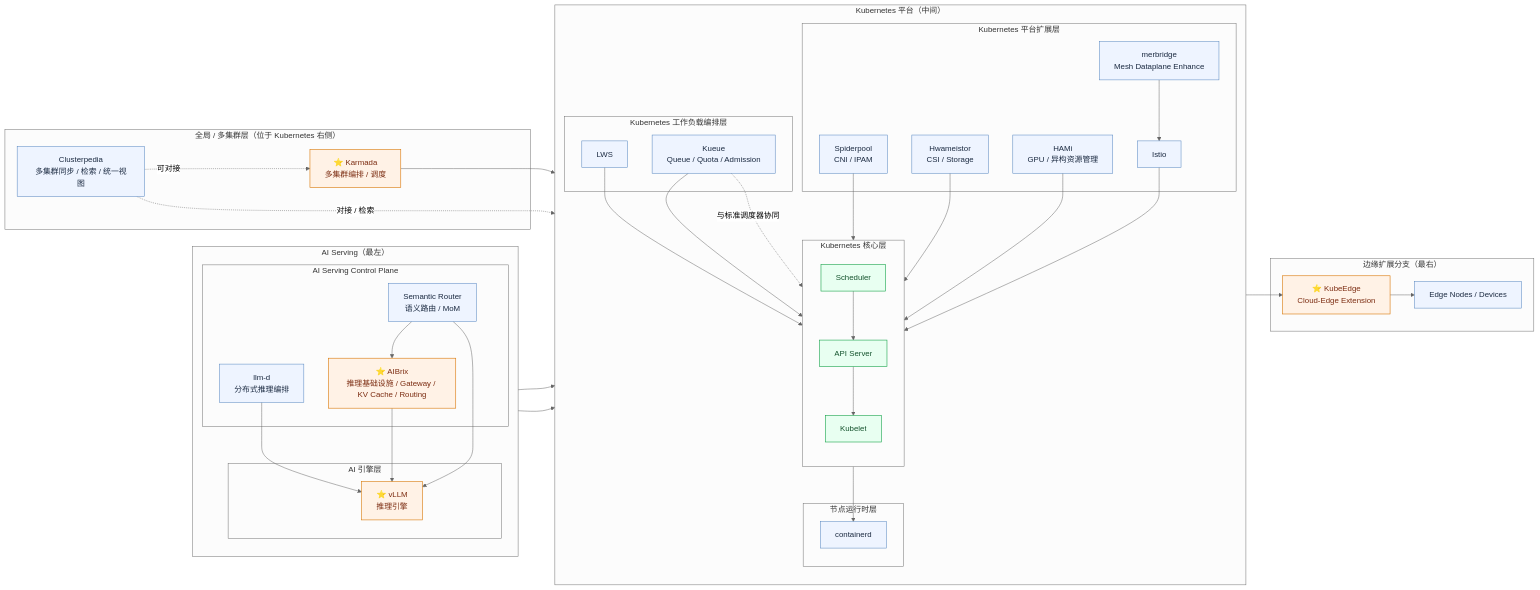
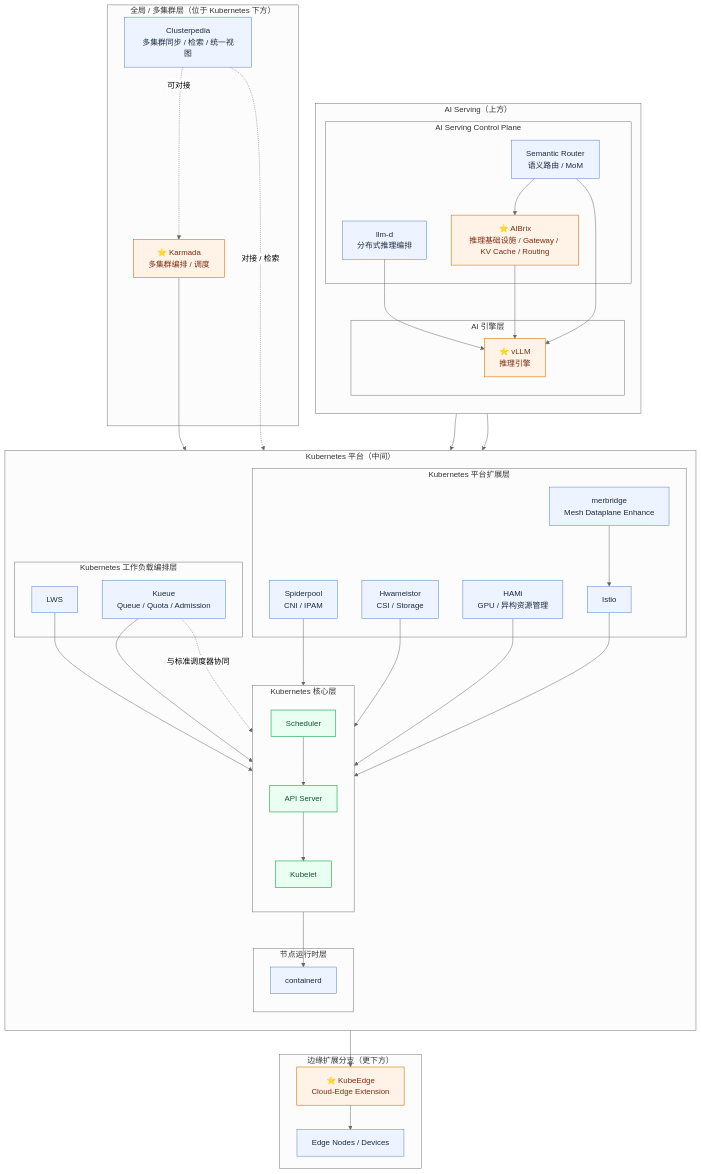
One commit to pacoxu/AI-Infra changed the diagram in case-study/daocloud.md. Above: the diagram before and after it, drawn with Mermaid (neutral theme). The commit also changed other lines of this file, not shown here.

Commit message:
docs(case-study): rotate daocloud diagram layout and fix apiserver position

````diff
--- a/case-study/daocloud.md
+++ b/case-study/daocloud.md
@@ -20,6 +20,6 @@
 ```mermaid
-flowchart LR
-  subgraph LEFT["AI Serving（最左）"]
+flowchart TB
+  subgraph TOP["AI Serving（上方）"]
     direction TB
     subgraph AICP["AI Serving Control Plane"]
       LLMD["llm-d<br/>分布式推理编排"]
@@ -59,12 +59,12 @@
     end
   end
 
-  subgraph GLOBAL["全局 / 多集群层（位于 Kubernetes 右侧）"]
+  subgraph GLOBAL["全局 / 多集群层（位于 Kubernetes 下方）"]
     KAR["⭐ Karmada<br/>多集群编排 / 调度"]
     CP["Clusterpedia<br/>多集群同步 / 检索 / 统一视图"]
   end
 
-  subgraph EDGE["边缘扩展分支（最右）"]
+  subgraph EDGE["边缘扩展分支（更下方）"]
     KE["⭐ KubeEdge<br/>Cloud-Edge Extension"]
     EN["Edge Nodes / Devices"]
   end
````
